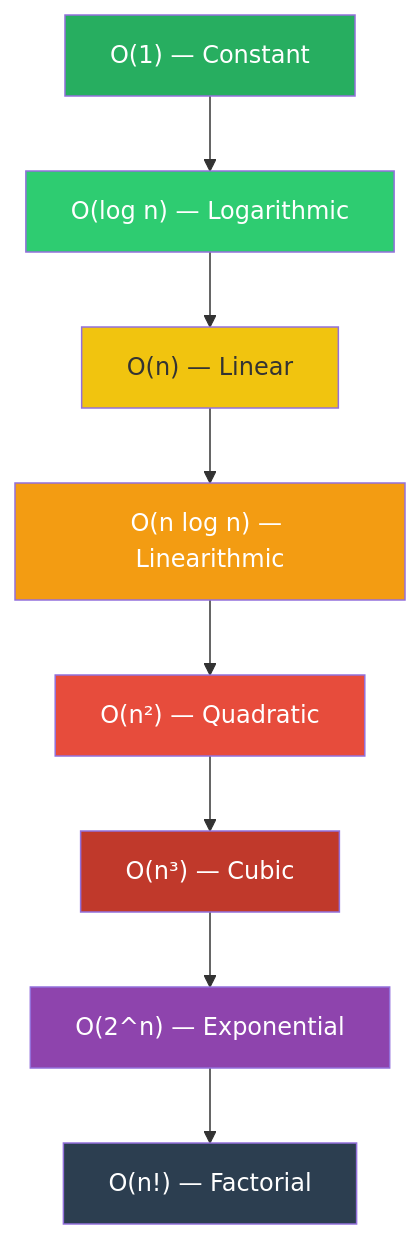
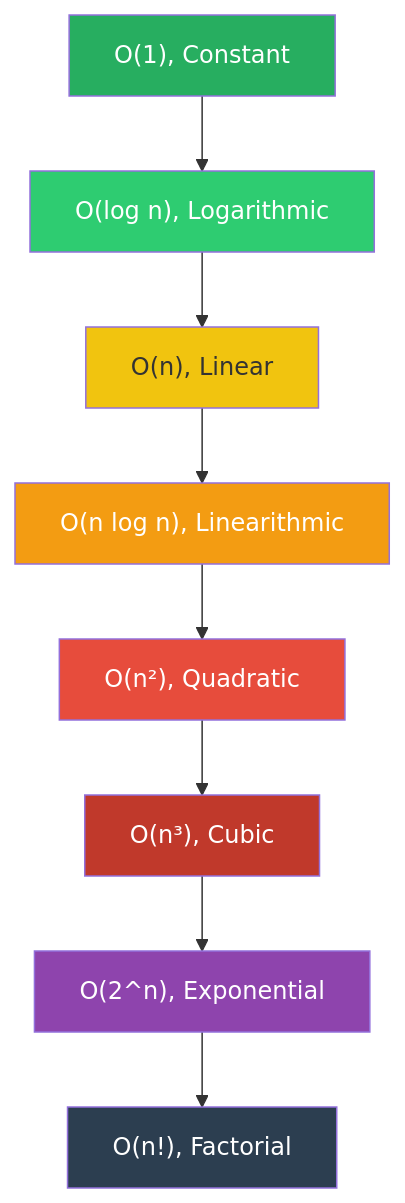
One commit to WyattAu/starlight-sites changed the first of 2 diagrams in sites/tools/src/content/docs/algorithms/01-complexity-analysis/complexity-analysis.md. Above: the diagram before and after it, drawn with Mermaid. The commit also changed other lines of this file and 3460 other files, not shown here.

````diff
--- a/sites/tools/src/content/docs/algorithms/01-complexity-analysis/complexity-analysis.md
+++ b/sites/tools/src/content/docs/algorithms/01-complexity-analysis/complexity-analysis.md
@@ -98,28 +98,28 @@
 ```mermaid
 graph TD
-    O1["O(1) — Constant"]
-    Ologn["O(log n) — Logarithmic"]
-    On["O(n) — Linear"]
-    Onlogn["O(n log n) — Linearithmic"]
-    On2["O(n²) — Quadratic"]
-    On3["O(n³) — Cubic"]
-    O2n["O(2^n) — Exponential"]
-    Onf["O(n!) — Factorial"]
+    O1["O(1), Constant"]
+    Ologn["O(log n), Logarithmic"]
+    On["O(n), Linear"]
+    Onlogn["O(n log n), Linearithmic"]
+    On2["O(n²), Quadratic"]
+    On3["O(n³), Cubic"]
+    O2n["O(2^n), Exponential"]
+    Onf["O(n!), Factorial"]
 
     O1 --> Ologn
     Ologn --> On
     On --> Onlogn
     Onlogn --> On2
     On2 --> On3
     On3 --> O2n
     O2n --> Onf
 
     style O1 fill:#27ae60,color:#fff
     style Ologn fill:#2ecc71,color:#fff
     style On fill:#f1c40f,color:#333
     style Onlogn fill:#f39c12,color:#fff
     style On2 fill:#e74c3c,color:#fff
     style On3 fill:#c0392b,color:#fff
     style O2n fill:#8e44ad,color:#fff
     style Onf fill:#2c3e50,color:#fff
 ```
````
